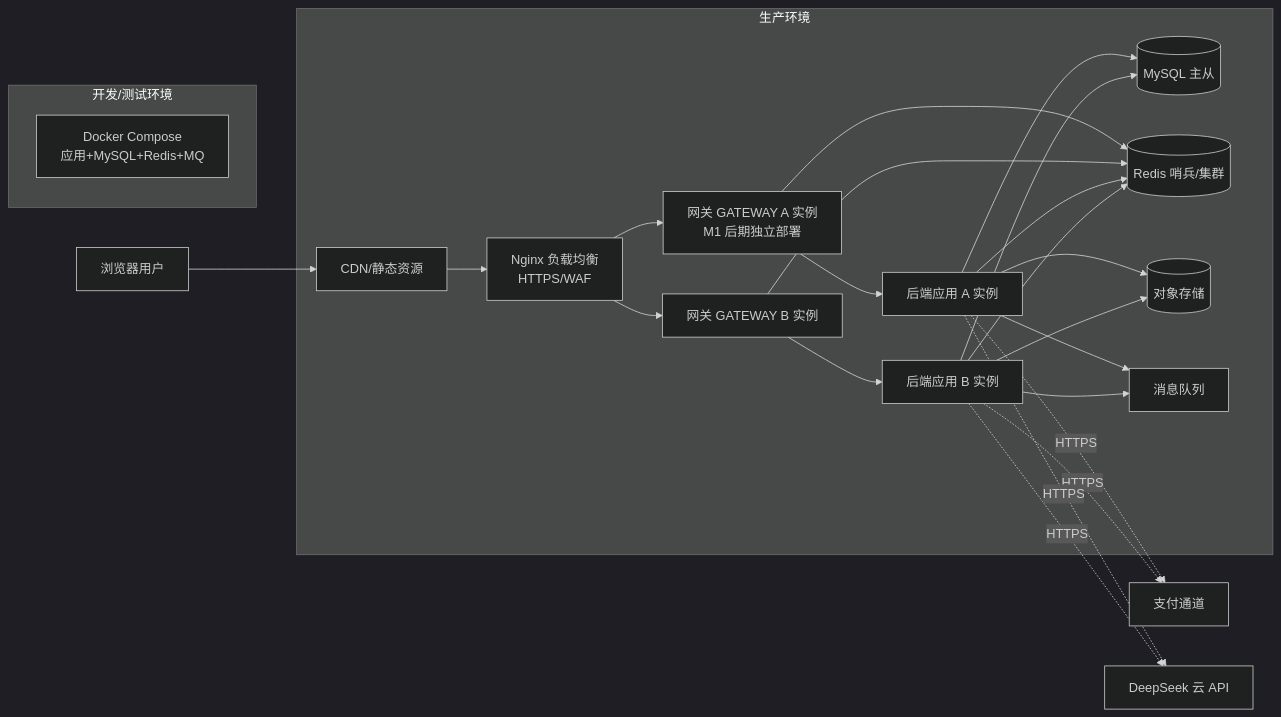
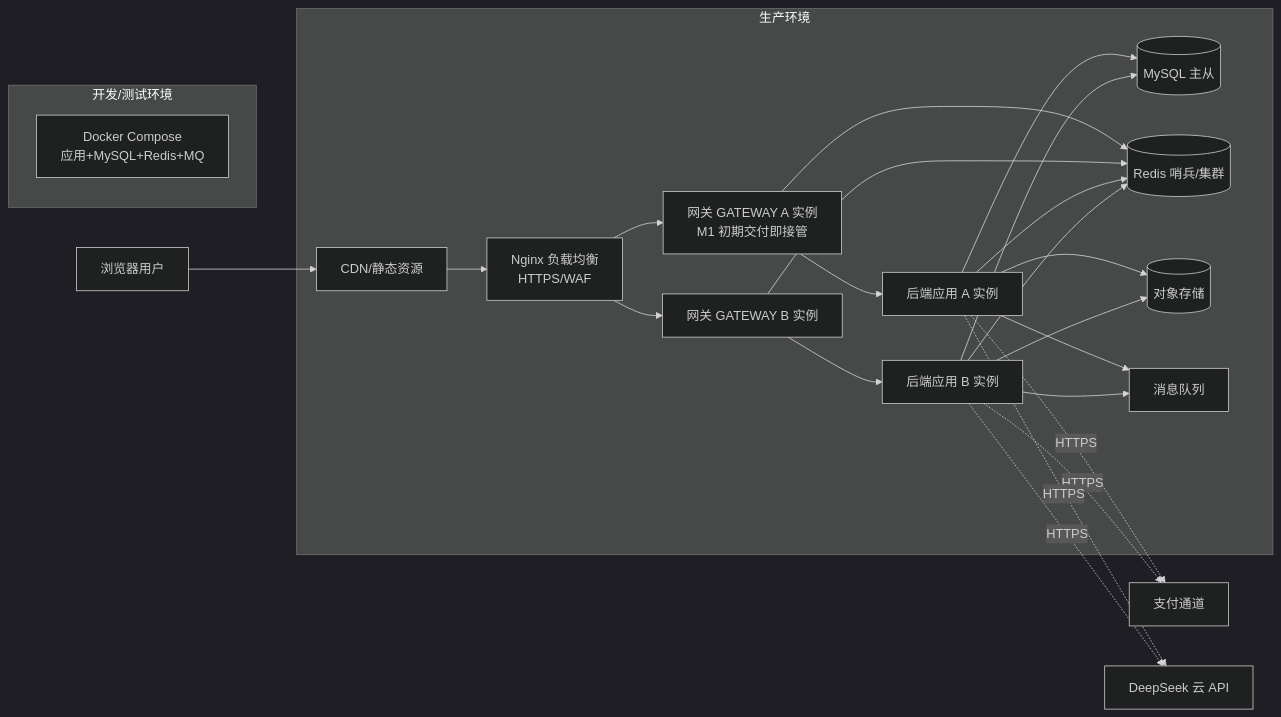
One commit to jzywm/Livelihood-Platform changed the diagram in docs/design/diagrams/03-部署架构.md. Above: the diagram before and after it, drawn with Mermaid (dark theme). The commit also changed other lines of this file and 16 other files, not shown here.

````diff
--- a/docs/design/diagrams/03-部署架构.md
+++ b/docs/design/diagrams/03-部署架构.md
@@ -6,38 +6,38 @@
 ```mermaid
 graph LR
     subgraph P1["生产环境"]
         CDN[CDN/静态资源]
         LB[Nginx 负载均衡<br/>HTTPS/WAF]
-        GW1[网关 GATEWAY A 实例<br/>M1 后期独立部署]
+        GW1[网关 GATEWAY A 实例<br/>M1 初期交付即接管]
         GW2[网关 GATEWAY B 实例]
         APP1[后端应用 A 实例]
         APP2[后端应用 B 实例]
         MYSQL[(MySQL 主从)]
         REDIS2[(Redis 哨兵/集群)]
         OSS2[(对象存储)]
         MQ2[消息队列]
     end
     subgraph P2["开发/测试环境"]
         DEV[Docker Compose<br/>应用+MySQL+Redis+MQ]
     end
     USER[浏览器用户] --> CDN
     CDN --> LB
     LB --> GW1
     LB --> GW2
     GW1 --> APP1
     GW2 --> APP2
     GW1 --> REDIS2
     GW2 --> REDIS2
     APP1 --> MYSQL
     APP2 --> MYSQL
     APP1 --> REDIS2
     APP2 --> REDIS2
     APP1 --> OSS2
     APP2 --> OSS2
     APP1 --> MQ2
     APP2 --> MQ2
     APP1 -. HTTPS .-> PAY2[支付通道]
     APP2 -. HTTPS .-> PAY2
     APP1 -. HTTPS .-> LLM2[DeepSeek 云 API]
     APP2 -. HTTPS .-> LLM2
 ```
````
